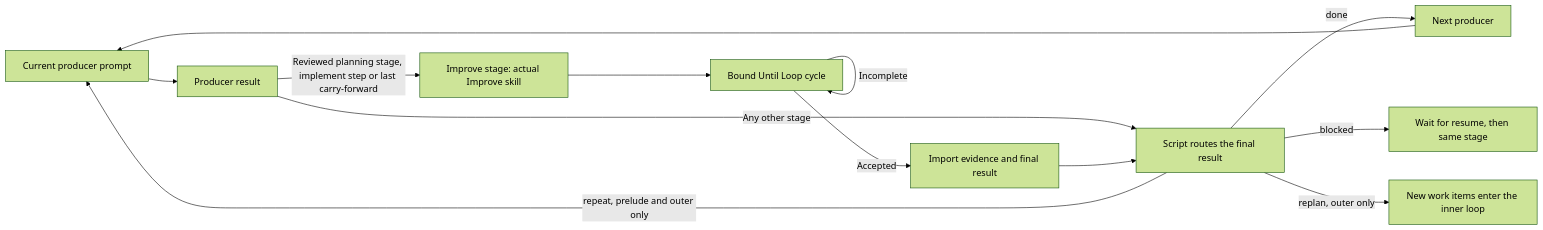
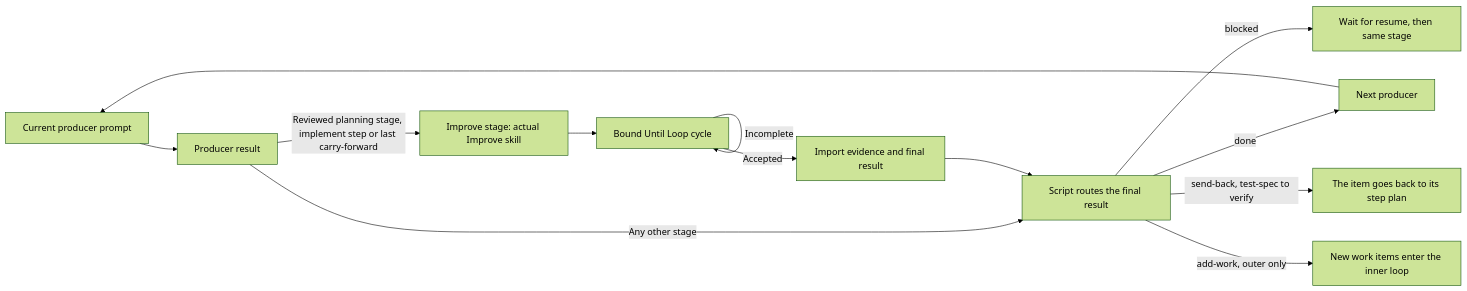
One commit to whichguy/skill-craft changed the first of 4 diagrams in skills/shiploop/references/navigator.md. Above: the diagram before and after it, drawn with Mermaid (forest theme). The commit also changed other lines of this file and 89 other files, not shown here.

````diff
--- a/skills/shiploop/references/navigator.md
+++ b/skills/shiploop/references/navigator.md
@@ -21,15 +21,15 @@
 ```mermaid
 flowchart LR
   P[Current producer prompt] --> R[Producer result]
   R -->|Reviewed planning stage, implement step or last carry-forward| I[Improve stage: actual Improve skill]
   R -->|Any other stage| F
   I --> U[Bound Until Loop cycle]
   U -->|Incomplete| U
   U -->|Accepted| C[Import evidence and final result]
   C --> F[Script routes the final result]
   F -->|done| N[Next producer]
-  F -->|repeat, prelude and outer only| P
   F -->|blocked| B[Wait for resume, then same stage]
-  F -->|replan, outer only| W[New work items enter the inner loop]
+  F -->|send-back, test-spec to verify| SB[The item goes back to its step plan]
+  F -->|add-work, outer only| W[New work items enter the inner loop]
   N --> P
 ```
````
